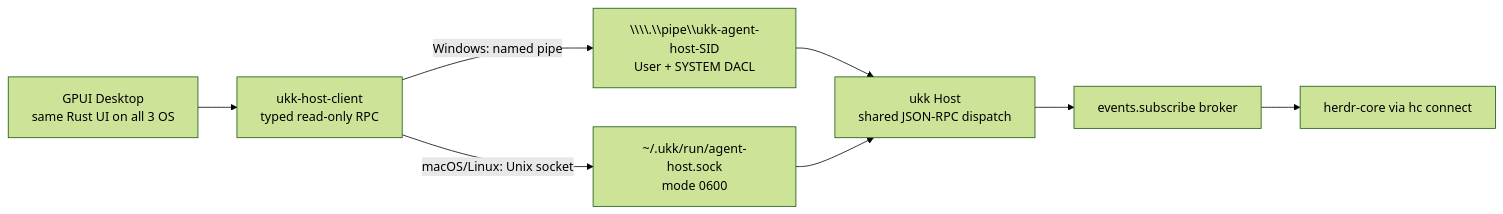
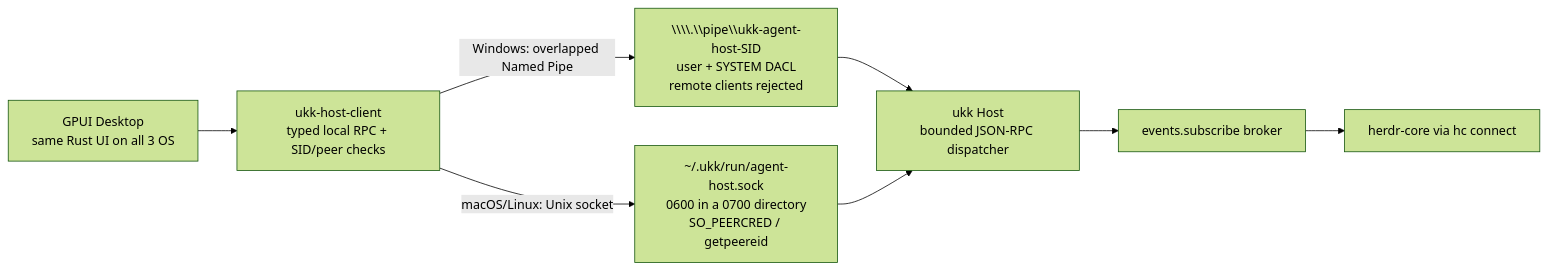
The diagram in docs/WINDOWS_IPC.md (suj1e/ukk), drawn with Mermaid (forest theme) before and after one commit. The commit also changed other lines of this file and 18 other files, not shown here.

First line of the commit message:
feat(host): H1 user-scoped lifecycle and hardened local IPC (#16)

````diff
--- a/docs/WINDOWS_IPC.md
+++ b/docs/WINDOWS_IPC.md
@@ -7,10 +11,10 @@
 ```mermaid
 flowchart LR
-  GPUI["GPUI Desktop<br/>same Rust UI on all 3 OS"] --> HC["ukk-host-client<br/>typed read-only RPC"]
-  HC -->|Windows: named pipe| WP["\\\\.\\pipe\\ukk-agent-host-SID<br/>User + SYSTEM DACL"]
-  HC -->|macOS/Linux: Unix socket| UX["~/.ukk/run/agent-host.sock<br/>mode 0600"]
-  WP --> H["ukk Host<br/>shared JSON-RPC dispatch"]
+  GPUI["GPUI Desktop<br/>same Rust UI on all 3 OS"] --> HC["ukk-host-client<br/>typed local RPC + SID/peer checks"]
+  HC -->|Windows: overlapped Named Pipe| WP["\\\\.\\pipe\\ukk-agent-host-SID<br/>user + SYSTEM DACL<br/>remote clients rejected"]
+  HC -->|macOS/Linux: Unix socket| UX["~/.ukk/run/agent-host.sock<br/>0600 in a 0700 directory<br/>SO_PEERCRED / getpeereid"]
+  WP --> H["ukk Host<br/>bounded JSON-RPC dispatcher"]
   UX --> H
   H --> B["events.subscribe broker"]
   B --> CORE["herdr-core via hc connect"]
 ```
````
